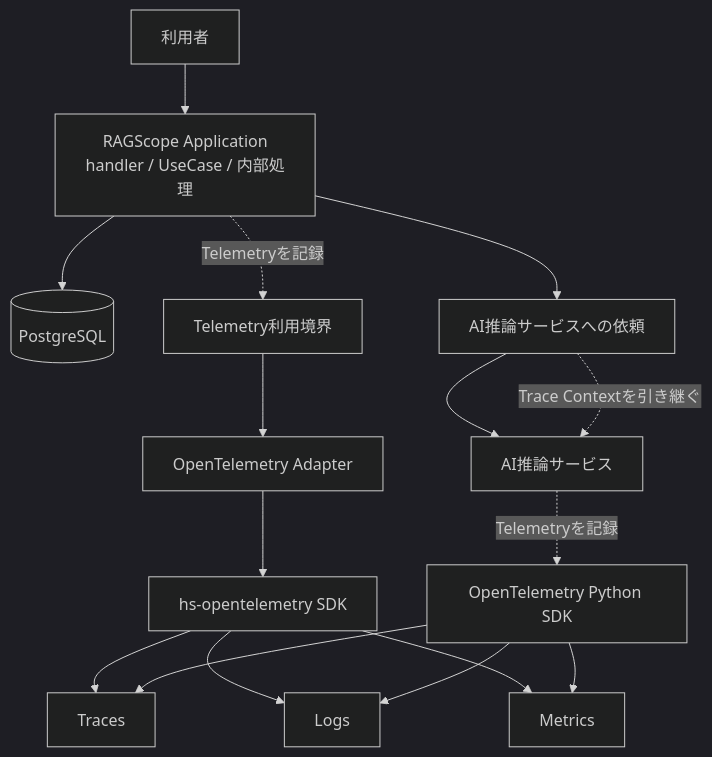
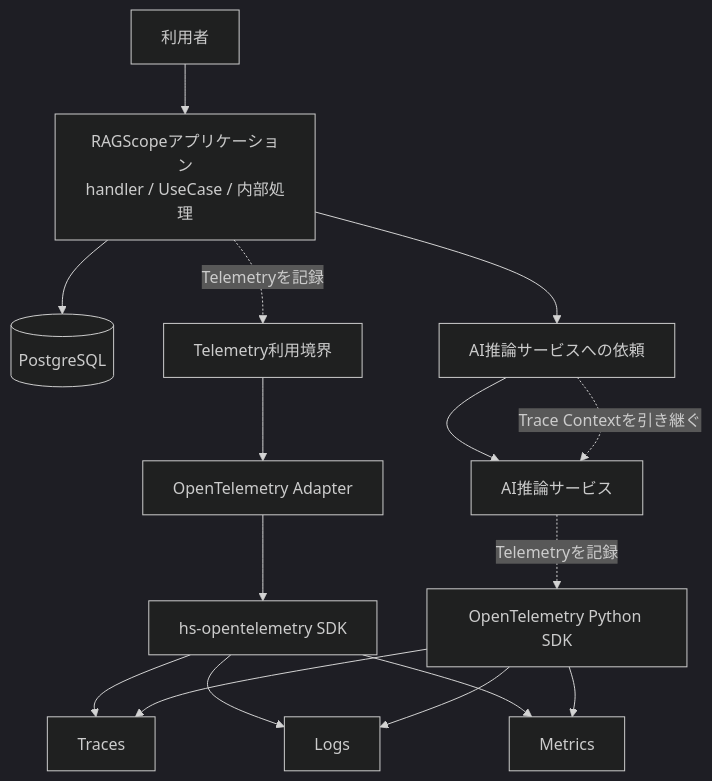
One commit to takashit16833/Workbench changed the first of 2 diagrams in Notes/RAGScope/RAGScopeアプリケーション/RS-0023 Observability設計メモ.md. Above: the diagram before and after it, drawn with Mermaid (dark theme). The commit also changed other lines of this file and 4 other files, not shown here.

````diff
--- a/Notes/RAGScope/RAGScopeアプリケーション/RS-0023 Observability設計メモ.md
+++ b/Notes/RAGScope/RAGScopeアプリケーション/RS-0023 Observability設計メモ.md
@@ -50,22 +50,22 @@
 ```mermaid
 flowchart TB
-    USER["利用者"] --> APP["RAGScope Application<br>handler / UseCase / 内部処理"]
+    USER["利用者"] --> APP["RAGScopeアプリケーション<br>handler / UseCase / 内部処理"]
 
     APP --> DB[("PostgreSQL")]
     APP --> AIREQ["AI推論サービスへの依頼"]
     AIREQ --> AI["AI推論サービス"]
     AIREQ -. "Trace Contextを引き継ぐ" .-> AI
 
     APP -. "Telemetryを記録" .-> TEL["Telemetry利用境界"]
     TEL --> HADAPTER["OpenTelemetry Adapter"]
     HADAPTER --> HSDK["hs-opentelemetry SDK"]
 
     AI -. "Telemetryを記録" .-> PYSDK["OpenTelemetry Python SDK"]
 
     HSDK --> TR["Traces"]
     HSDK --> LG["Logs"]
     HSDK --> MT["Metrics"]
     PYSDK --> TR
     PYSDK --> LG
     PYSDK --> MT
 ```
````
